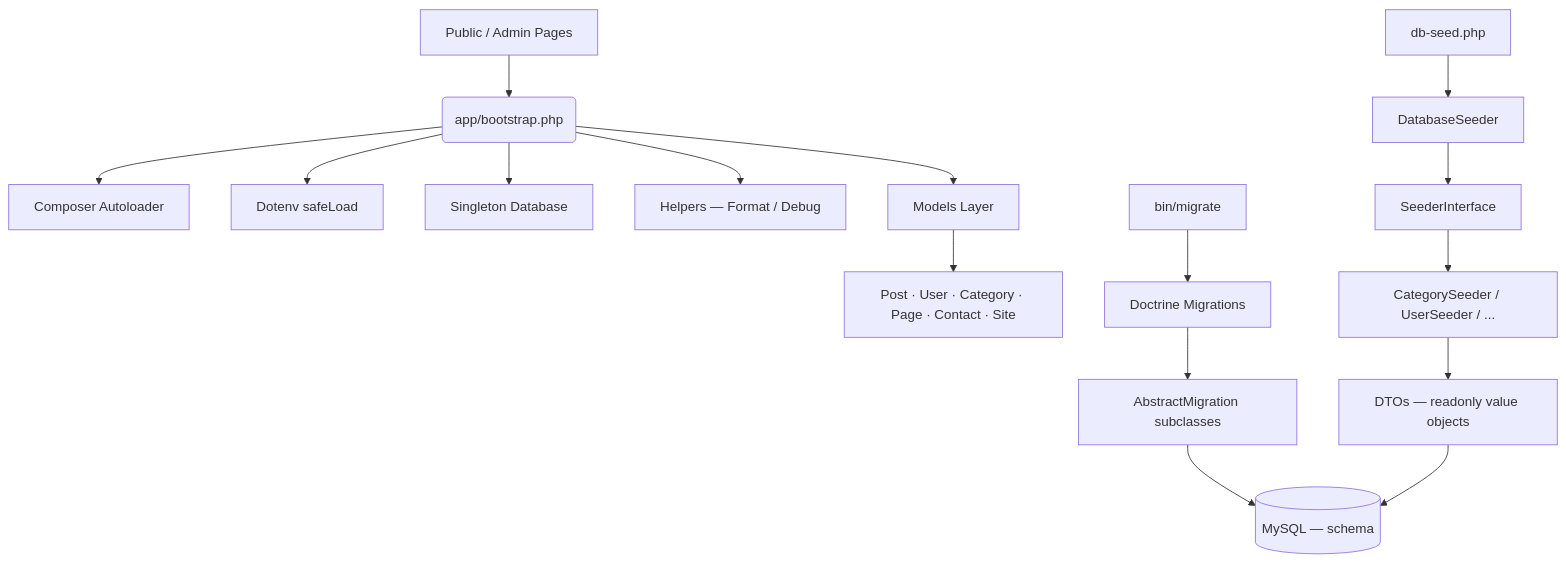
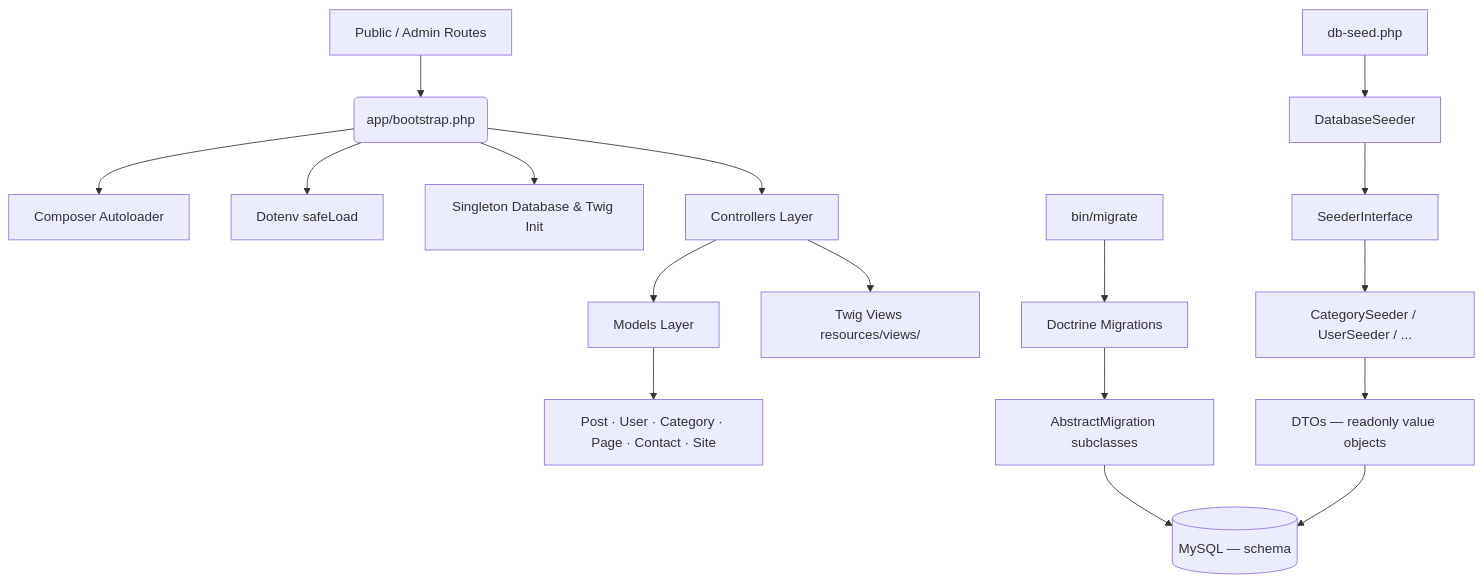
One commit to mhannan-dev/php-blog changed the first of 2 diagrams in README.md. Above: the diagram before and after it, drawn with Mermaid. The commit also changed other lines of this file and 16 other files, not shown here.

Commit message:
feat: implement site settings and page management controllers with corresponding Twig templates and database infrastructure.

````diff
--- a/README.md
+++ b/README.md
@@ -52,20 +54,21 @@
 ```mermaid
 graph TD
-    A[Public / Admin Pages] --> B(app/bootstrap.php)
+    A[Public / Admin Routes] --> B(app/bootstrap.php)
     B --> C[Composer Autoloader]
     B --> D[Dotenv safeLoad]
-    B --> E[Singleton Database]
-    B --> F[Helpers — Format / Debug]
-    B --> G[Models Layer]
+    B --> E[Singleton Database & Twig Init]
+    B --> F[Controllers Layer]
+    F --> G[Models Layer]
     G --> H[Post · User · Category · Page · Contact · Site]
+    F --> V[Twig Views resources/views/]
 
     CLI1[bin/migrate] --> I[Doctrine Migrations]
     I --> J[AbstractMigration subclasses]
     J --> K[(MySQL — schema)]
 
     CLI2[db-seed.php] --> L[DatabaseSeeder]
     L --> M[SeederInterface]
     M --> N[CategorySeeder / UserSeeder / ...]
     N --> O[DTOs — readonly value objects]
     O --> K
 ```
````
